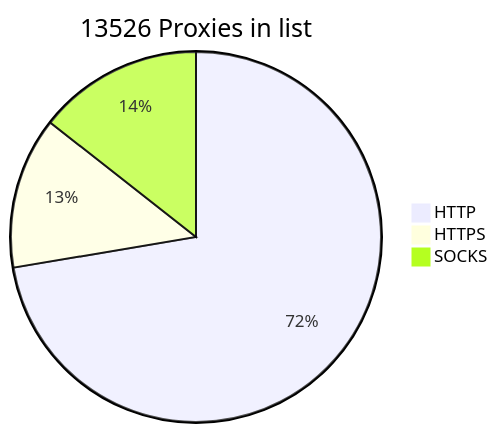
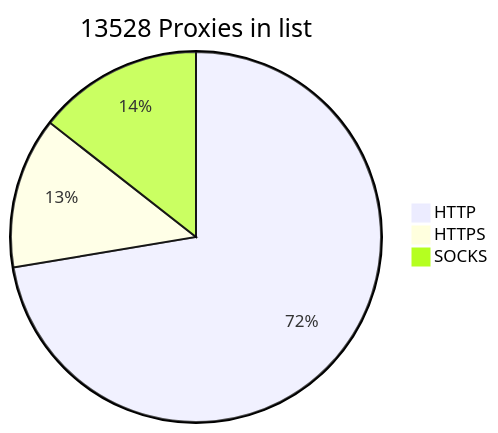
Before and after one commit to BlackSnowDot/proxylist-update-every-minute: the diagram in README.md, drawn with Mermaid. The commit also changed other lines of this file, not shown here.

````diff
--- a/README.md
+++ b/README.md
@@ -2,6 +2,6 @@
 ```mermaid
-pie title 13526 Proxies in list
-    "HTTP" : 10303
-    "HTTPS": 1886
+pie title 13528 Proxies in list
+    "HTTP" : 10290
+    "HTTPS": 1877
     "SOCKS" : 2051
 ```
````
